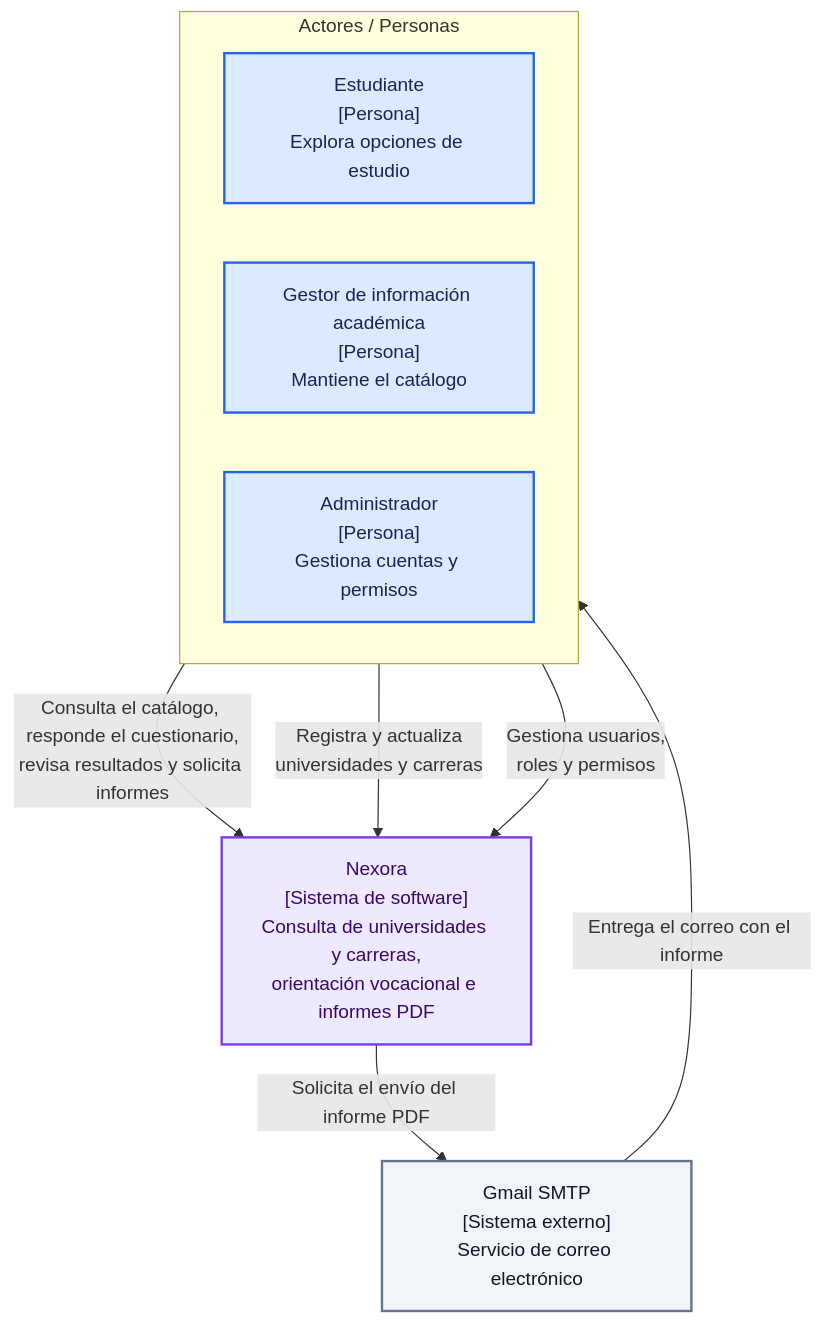
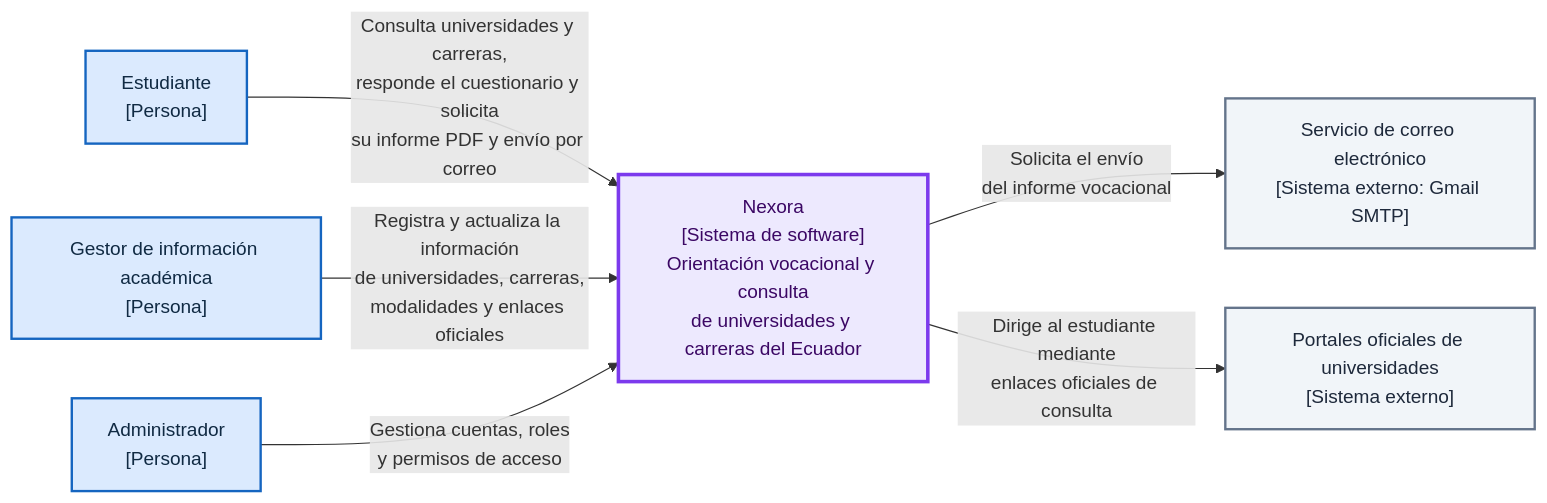
Before and after one commit to enriqueherreraec/nexora-arquitectura: the diagram in docs/02-vistas-c4/nivel1.md, drawn with Mermaid. The commit also changed other lines of this file and 5 other files, not shown here.

````diff
--- a/docs/02-vistas-c4/nivel1.md
+++ b/docs/02-vistas-c4/nivel1.md
@@ -9,27 +3,32 @@
 ```mermaid
-flowchart TB
-    subgraph PERSONAS["Actores / Personas"]
-        direction LR
-        EST["Estudiante<br/>[Persona]<br/>Explora opciones de estudio"]
-        GES["Gestor de información académica<br/>[Persona]<br/>Mantiene el catálogo"]
-        ADM["Administrador<br/>[Persona]<br/>Gestiona cuentas y permisos"]
-    end
+flowchart LR
+    E["Estudiante<br/>[Persona]"]
 
-    NEX["Nexora<br/>[Sistema de software]<br/>Consulta de universidades y carreras,<br/>orientación vocacional e informes PDF"]
+    G["Gestor de información académica<br/>[Persona]"]
 
-    SMTP["Gmail SMTP<br/>[Sistema externo]<br/>Servicio de correo electrónico"]
+    A["Administrador<br/>[Persona]"]
 
-    EST -->|"Consulta el catálogo, responde el cuestionario,<br/>revisa resultados y solicita informes"| NEX
-    GES -->|"Registra y actualiza<br/>universidades y carreras"| NEX
-    ADM -->|"Gestiona usuarios,<br/>roles y permisos"| NEX
-    NEX -->|"Solicita el envío del informe PDF"| SMTP
-    SMTP -->|"Entrega el correo con el informe"| EST
+    N["Nexora<br/>[Sistema de software]<br/>Orientación vocacional y consulta<br/>de universidades y carreras del Ecuador"]
 
-    classDef persona fill:#DBEAFE,stroke:#2563EB,stroke-width:2px,color:#172554;
-    classDef sistema fill:#EDE9FE,stroke:#7C3AED,stroke-width:2px,color:#3B0764;
-    classDef externo fill:#F1F5F9,stroke:#64748B,stroke-width:2px,color:#0F172A;
+    C["Servicio de correo electrónico<br/>[Sistema externo: Gmail SMTP]"]
 
-    class EST,GES,ADM persona;
-    class NEX sistema;
-    class SMTP externo;
+    P["Portales oficiales de universidades<br/>[Sistema externo]"]
+
+    E -->|"Consulta universidades y carreras,<br/>responde el cuestionario y solicita<br/>su informe PDF y envío por correo"| N
+
+    G -->|"Registra y actualiza la información<br/>de universidades, carreras,<br/>modalidades y enlaces oficiales"| N
+
+    A -->|"Gestiona cuentas, roles<br/>y permisos de acceso"| N
+
+    N -->|"Solicita el envío<br/>del informe vocacional"| C
+
+    N -->|"Dirige al estudiante mediante<br/>enlaces oficiales de consulta"| P
+
+    classDef persona fill:#DBEAFE,stroke:#1565C0,stroke-width:2px,color:#102A43;
+    classDef sistema fill:#EDE9FE,stroke:#7C3AED,stroke-width:3px,color:#3B0764;
+    classDef externo fill:#F1F5F9,stroke:#64748B,stroke-width:2px,color:#1E293B;
+
+    class E,G,A persona;
+    class N sistema;
+    class C,P externo;
 ```
````
